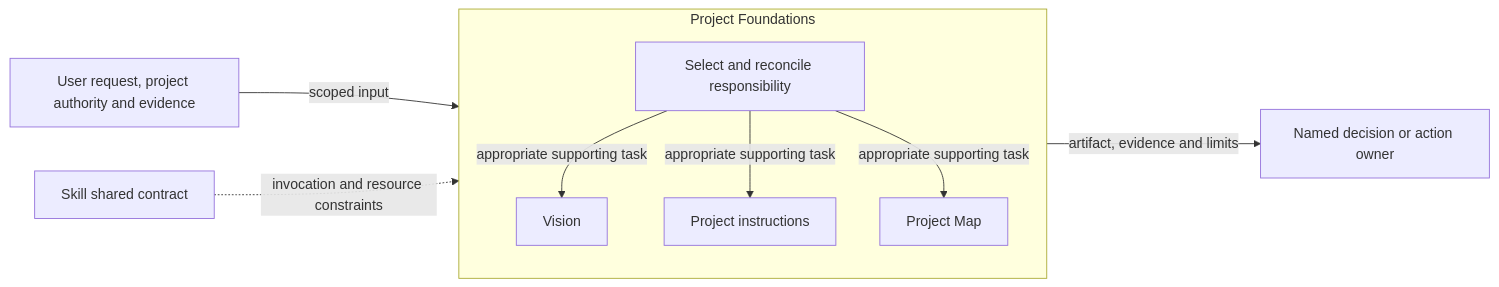
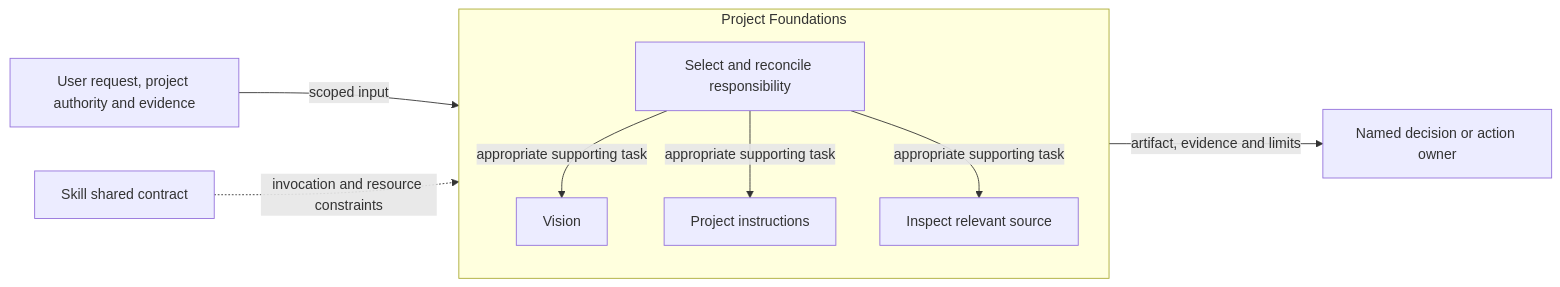
Before and after one commit to xiongxianfei/rigorloop: the first of 2 diagrams in design/architecture/modules/MOD-017-engineering-governance/modules/MOD-008-engineering-authoring-guidance/project-foundations.md, drawn with Mermaid. The commit also changed other lines of this file and 80 other files, not shown here.

Commit message:
refactor: remove project-map skill and mandatory map maintenance (#214)

````diff
--- a/design/architecture/modules/MOD-017-engineering-governance/modules/MOD-008-engineering-authoring-guidance/project-foundations.md
+++ b/design/architecture/modules/MOD-017-engineering-governance/modules/MOD-008-engineering-authoring-guidance/project-foundations.md
@@ -37,14 +49,14 @@
 ```mermaid
 flowchart LR
     Request["User request, project authority and evidence"] -->|"scoped input"| Owned
     subgraph Owned["Project Foundations"]
         Vision["Vision"]
         Principles["Project instructions"]
-        Map["Project Map"]
+        Inspect["Inspect relevant source"]
         Select["Select and reconcile responsibility"] -->|"appropriate supporting task"| Vision
         Select["Select and reconcile responsibility"] -->|"appropriate supporting task"| Principles
-        Select["Select and reconcile responsibility"] -->|"appropriate supporting task"| Map
+        Select["Select and reconcile responsibility"] -->|"appropriate supporting task"| Inspect
     end
     Owned -->|"artifact, evidence and limits"| Consumer["Named decision or action owner"]
     Common["Skill shared contract"] -.->|"invocation and resource constraints"| Owned
 ```
````
